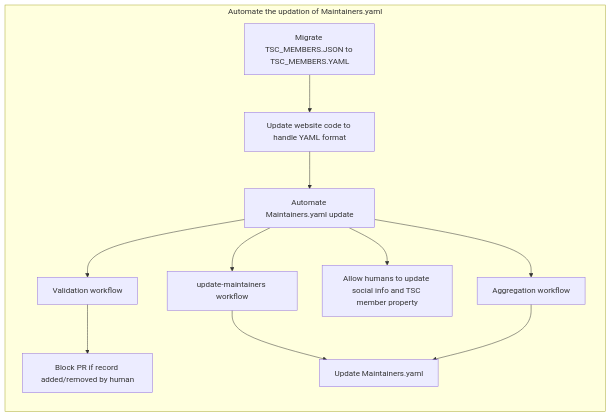
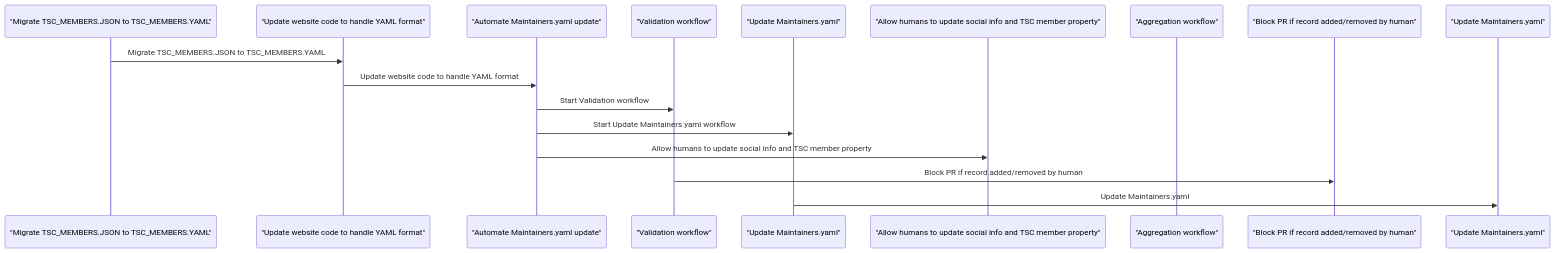
Before and after one commit to 14Richa/testRepo: the first of 12 diagrams in scripts/README.md, drawn with Mermaid.

Commit message:
add sequence diagram

````diff
--- a/scripts/README.md
+++ b/scripts/README.md
@@ -9,15 +9,21 @@
 ```mermaid
-graph LR;
- subgraph Automate the updation of Maintainers.yaml
+sequenceDiagram
+    participant A as "Migrate TSC_MEMBERS.JSON to TSC_MEMBERS.YAML"
+    participant B as "Update website code to handle YAML format"
+    participant C as "Automate Maintainers.yaml update"
+    participant D as "Validation workflow"
+    participant E as "Update Maintainers.yaml"
+    participant F as "Allow humans to update social info and TSC member property"
+    participant G as "Aggregation workflow"
+    participant H as "Block PR if record added/removed by human"
+    participant I as "Update Maintainers.yaml"
 
-    A[Migrate TSC_MEMBERS.JSON to TSC_MEMBERS.YAML] --> B[Update website code to handle YAML format];
-    B --> C[Automate Maintainers.yaml update];
-    C --> D[Validation workflow];
-    C --> E[update-maintainers workflow];
-    C --> F[Allow humans to update social info and TSC member property];
-    C --> G[Aggregation workflow];
-    D --> H[Block PR if record added/removed by human];
-    E --> I[Update Maintainers.yaml];
-    G --> I;
-    end;
+    A->>B: Migrate TSC_MEMBERS.JSON to TSC_MEMBERS.YAML
+    B->>C: Update website code to handle YAML format
+    C->>D: Start Validation workflow
+    C->>E: Start Update Maintainers.yaml workflow
+    C->>F: Allow humans to update social info and TSC member property
+    D->>H: Block PR if record added/removed by human
+    E->>I: Update Maintainers.yaml
+
 ```
````
